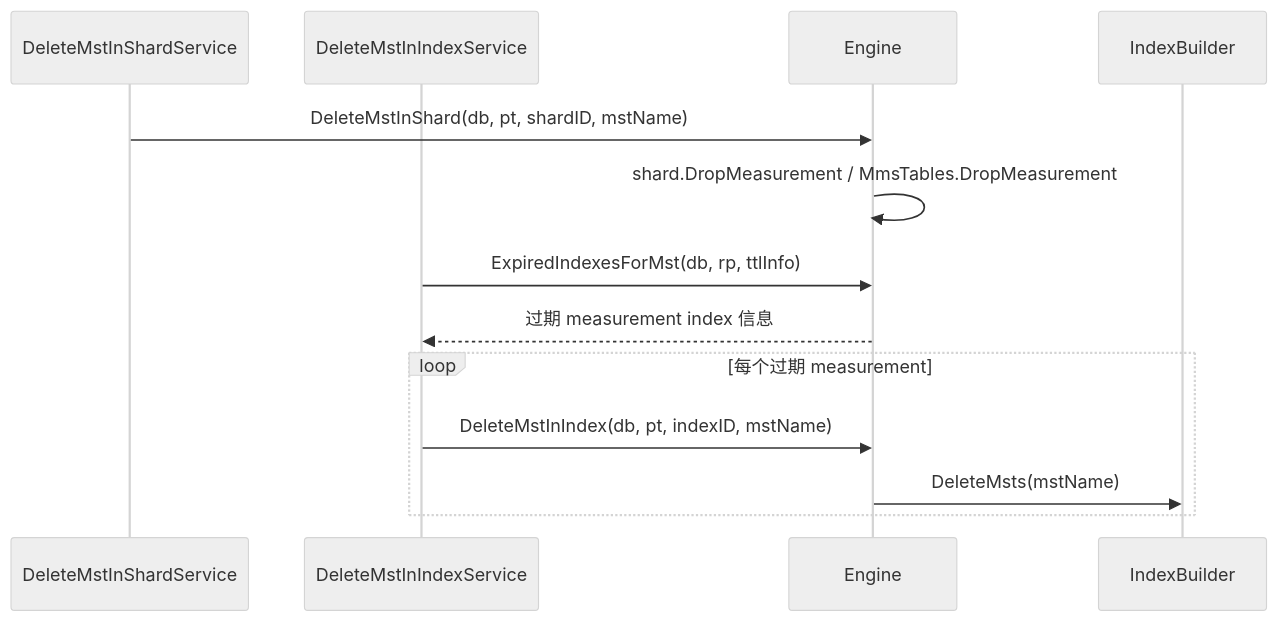
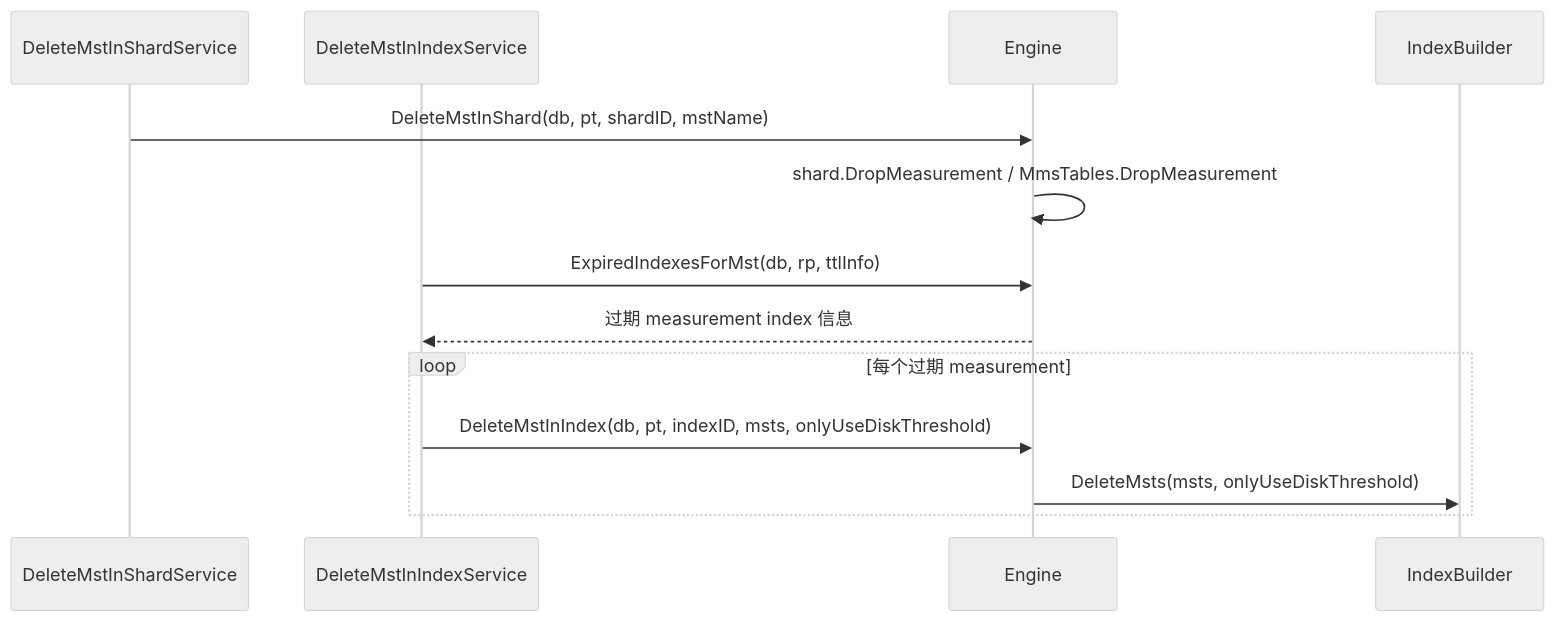
The seventh of 8 diagrams in docs/specs/18_retention_policy_spec.md (stefanv5/openGemini), drawn with Mermaid (neutral theme) before and after one commit. The commit also changed other lines of this file and 37 other files, not shown here.

````diff
--- a/docs/specs/18_retention_policy_spec.md
+++ b/docs/specs/18_retention_policy_spec.md
@@ -378,17 +441,17 @@
 ```mermaid
 sequenceDiagram
     participant DataSvc as DeleteMstInShardService
     participant IndexSvc as DeleteMstInIndexService
     participant Engine as Engine
     participant IndexBuilder as IndexBuilder
 
     DataSvc->>Engine: DeleteMstInShard(db, pt, shardID, mstName)
     Engine->>Engine: shard.DropMeasurement / MmsTables.DropMeasurement
 
     IndexSvc->>Engine: ExpiredIndexesForMst(db, rp, ttlInfo)
     Engine-->>IndexSvc: 过期 measurement index 信息
     loop 每个过期 measurement
-        IndexSvc->>Engine: DeleteMstInIndex(db, pt, indexID, mstName)
-        Engine->>IndexBuilder: DeleteMsts(mstName)
+        IndexSvc->>Engine: DeleteMstInIndex(db, pt, indexID, msts, onlyUseDiskThreshold)
+        Engine->>IndexBuilder: DeleteMsts(msts, onlyUseDiskThreshold)
     end
 ```
````
